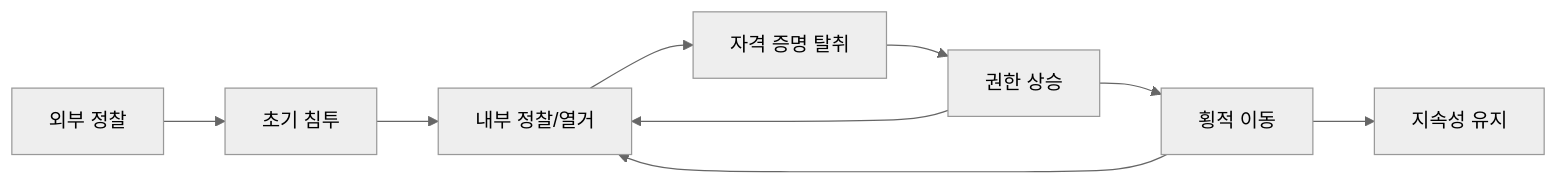
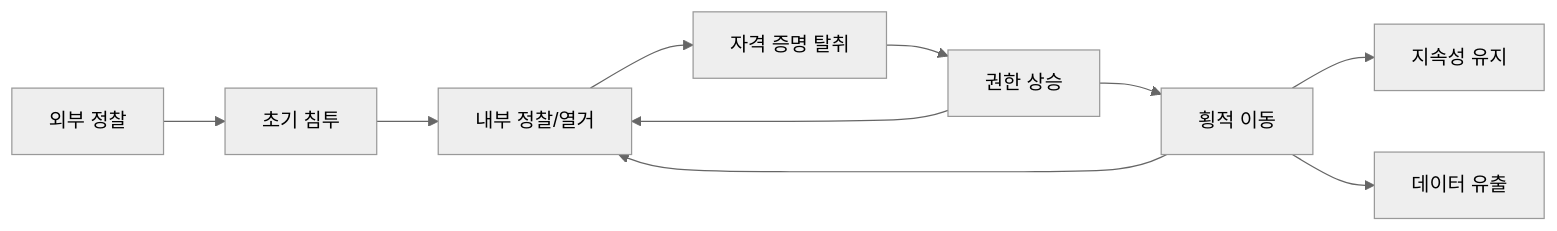
Before and after one commit to STEALIEN-RED/docs-redteam-cheatsheet: the diagram in docs/index.md, drawn with Mermaid (neutral theme). The commit also changed other lines of this file and 9 other files, not shown here.

````diff
--- a/docs/index.md
+++ b/docs/index.md
@@ -11,11 +11,12 @@
 ```mermaid
 graph LR
     A[외부 정찰] --> B[초기 침투]
     B --> C[내부 정찰/열거]
     C --> D[자격 증명 탈취]
     D --> E[권한 상승]
     E --> F[횡적 이동]
     F --> G[지속성 유지]
+    F --> H[데이터 유출]
     F --> C
     E --> C
 ```
````
